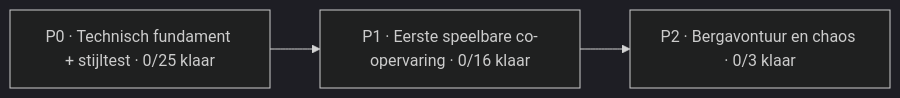
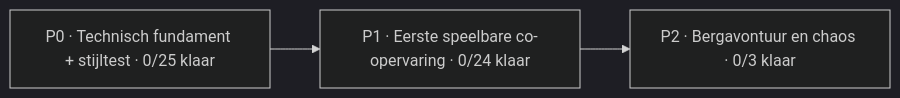
The diagram in Docs/PROJECT_BOARD.md (mlemson/conductor-chaos), drawn with Mermaid (dark theme) before and after one commit. The commit also changed other lines of this file, not shown here.

````diff
--- a/Docs/PROJECT_BOARD.md
+++ b/Docs/PROJECT_BOARD.md
@@ -13,7 +13,7 @@
 ```mermaid
 flowchart LR
     P0["P0 · Technisch fundament + stijltest · 0/25 klaar"]
-    P1["P1 · Eerste speelbare co-opervaring · 0/16 klaar"]
+    P1["P1 · Eerste speelbare co-opervaring · 0/24 klaar"]
     P2["P2 · Bergavontuur en chaos · 0/3 klaar"]
     P0 --> P1 --> P2
 ```
````
